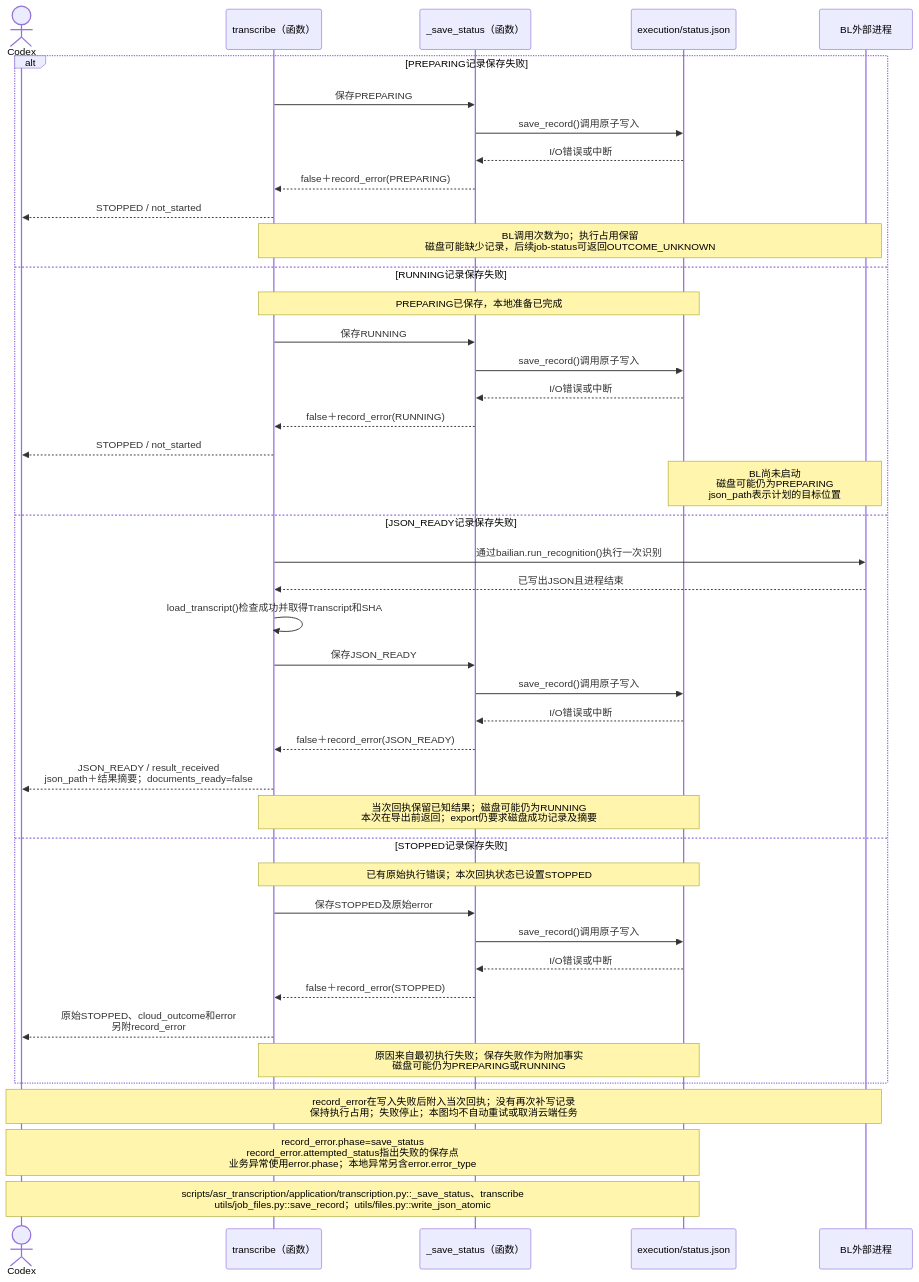
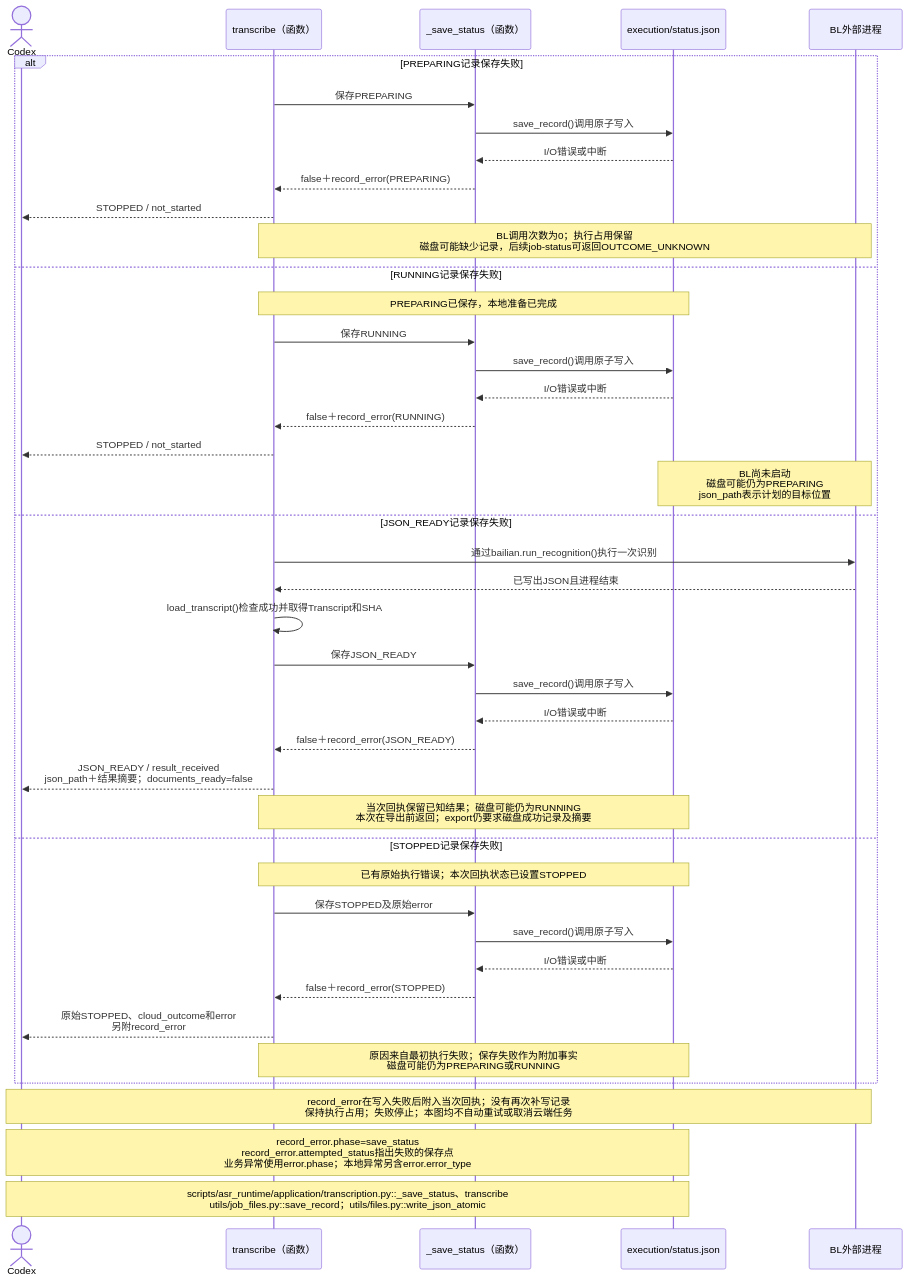
Before and after one commit to hx101700/asr-agent: the diagram in doc/uml/08-failure.mmd, drawn with Mermaid. The commit also changed 85 other files, not shown here.

Commit message:
refactor: name the Python execution package asr_runtime

```diff
--- a/doc/uml/08-failure.mmd
+++ b/doc/uml/08-failure.mmd
@@ -1,43 +1,43 @@
 sequenceDiagram
 actor C as Codex
 participant T as transcribe（函数）
 participant S as _save_status（函数）
 participant F as execution/status.json
 participant B as BL外部进程
 alt PREPARING记录保存失败
     T->>S: 保存PREPARING
     S->>F: save_record()调用原子写入
     F-->>S: I/O错误或中断
     S-->>T: false＋record_error(PREPARING)
     T-->>C: STOPPED / not_started
     Note over T,B: BL调用次数为0；执行占用保留<br/>磁盘可能缺少记录，后续job-status可返回OUTCOME_UNKNOWN
 else RUNNING记录保存失败
     Note over T,F: PREPARING已保存，本地准备已完成
     T->>S: 保存RUNNING
     S->>F: save_record()调用原子写入
     F-->>S: I/O错误或中断
     S-->>T: false＋record_error(RUNNING)
     T-->>C: STOPPED / not_started
     Note over F,B: BL尚未启动<br/>磁盘可能仍为PREPARING<br/>json_path表示计划的目标位置
 else JSON_READY记录保存失败
     T->>B: 通过bailian.run_recognition()执行一次识别
     B-->>T: 已写出JSON且进程结束
     T->>T: load_transcript()检查成功并取得Transcript和SHA
     T->>S: 保存JSON_READY
     S->>F: save_record()调用原子写入
     F-->>S: I/O错误或中断
     S-->>T: false＋record_error(JSON_READY)
     T-->>C: JSON_READY / result_received<br/>json_path＋结果摘要；documents_ready=false
     Note over T,F: 当次回执保留已知结果；磁盘可能仍为RUNNING<br/>本次在导出前返回；export仍要求磁盘成功记录及摘要
 else STOPPED记录保存失败
     Note over T,F: 已有原始执行错误；本次回执状态已设置STOPPED
     T->>S: 保存STOPPED及原始error
     S->>F: save_record()调用原子写入
     F-->>S: I/O错误或中断
     S-->>T: false＋record_error(STOPPED)
     T-->>C: 原始STOPPED、cloud_outcome和error<br/>另附record_error
     Note over T,F: 原因来自最初执行失败；保存失败作为附加事实<br/>磁盘可能仍为PREPARING或RUNNING
 end
 Note over C,B: record_error在写入失败后附入当次回执；没有再次补写记录<br/>保持执行占用；失败停止；本图均不自动重试或取消云端任务
 Note over C,F: record_error.phase=save_status<br/>record_error.attempted_status指出失败的保存点<br/>业务异常使用error.phase；本地异常另含error.error_type
-Note over C,F: scripts/asr_transcription/application/transcription.py::_save_status、transcribe<br/>utils/job_files.py::save_record；utils/files.py::write_json_atomic
+Note over C,F: scripts/asr_runtime/application/transcription.py::_save_status、transcribe<br/>utils/job_files.py::save_record；utils/files.py::write_json_atomic
```
